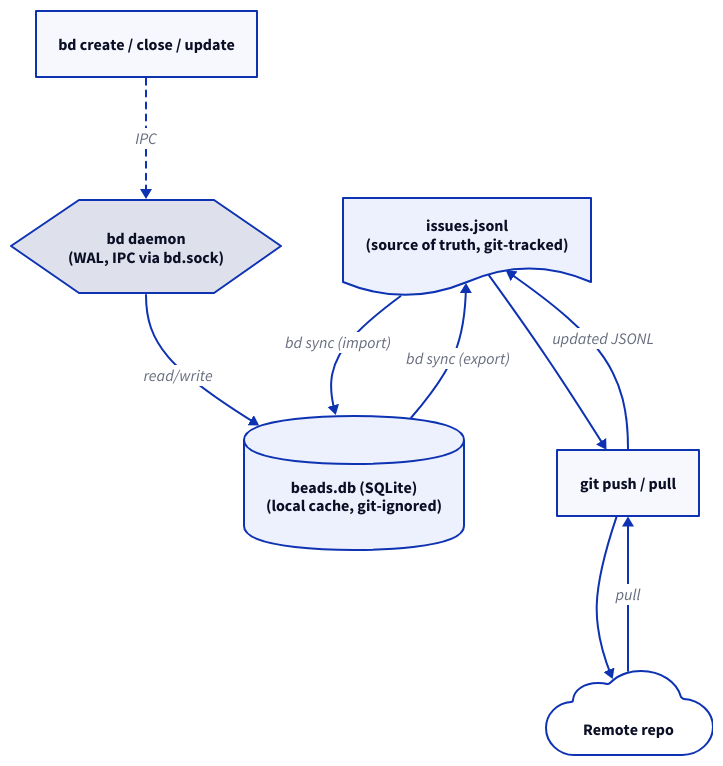
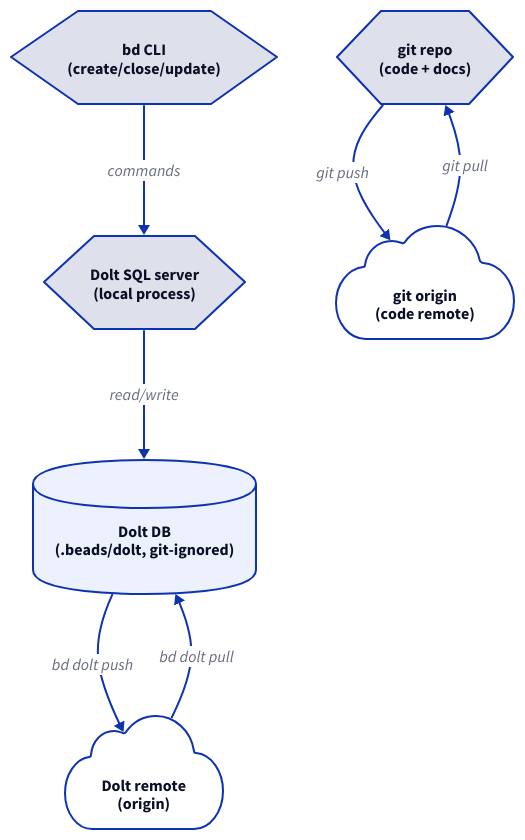
Before and after one commit to jasonkuhrt/dotfiles: the diagram in home/dot_claude/exact_skills-library/beads/teacher/reference/teacher/architecture.d2, drawn with D2. The commit also changed 21 other files, not shown here.

Commit message:
docs(beads): complete transition to Dolt pull/push workflow

```diff
--- a/home/dot_claude/exact_skills-library/beads/teacher/reference/teacher/architecture.d2
+++ b/home/dot_claude/exact_skills-library/beads/teacher/reference/teacher/architecture.d2
@@ -1,31 +1,33 @@
 direction: down
 
-jsonl: "issues.jsonl\n(source of truth, git-tracked)" {
-  shape: document
+cli: "bd CLI\n(create/close/update)" {
+  shape: hexagon
 }
 
-sqlite: "beads.db (SQLite)\n(local cache, git-ignored)" {
+dolt_server: "Dolt SQL server\n(local process)" {
+  shape: hexagon
+}
+
+dolt_db: "Dolt DB\n(.beads/dolt, git-ignored)" {
   shape: cylinder
 }
 
-daemon: "bd daemon\n(WAL, IPC via bd.sock)" {
+dolt_remote: "Dolt remote\n(origin)" {
+  shape: cloud
+}
+
+git_local: "git repo\n(code + docs)" {
   shape: hexagon
 }
 
-cli: bd create / close / update
-
-git: git push / pull
-
-remote: remote_repo {
+git_remote: "git origin\n(code remote)" {
   shape: cloud
-  label: Remote repo
 }
 
-cli -> daemon: IPC {style.stroke-dash: 3}
-daemon -> sqlite: read/write
-sqlite -> jsonl: bd sync (export)
-jsonl -> sqlite: bd sync (import)
-jsonl -> git
-git -> remote
-remote -> git: pull
-git -> jsonl: updated JSONL
+cli -> dolt_server: commands
+dolt_server -> dolt_db: read/write
+dolt_db -> dolt_remote: bd dolt push
+dolt_remote -> dolt_db: bd dolt pull
+
+git_local -> git_remote: git push
+git_remote -> git_local: git pull
```
